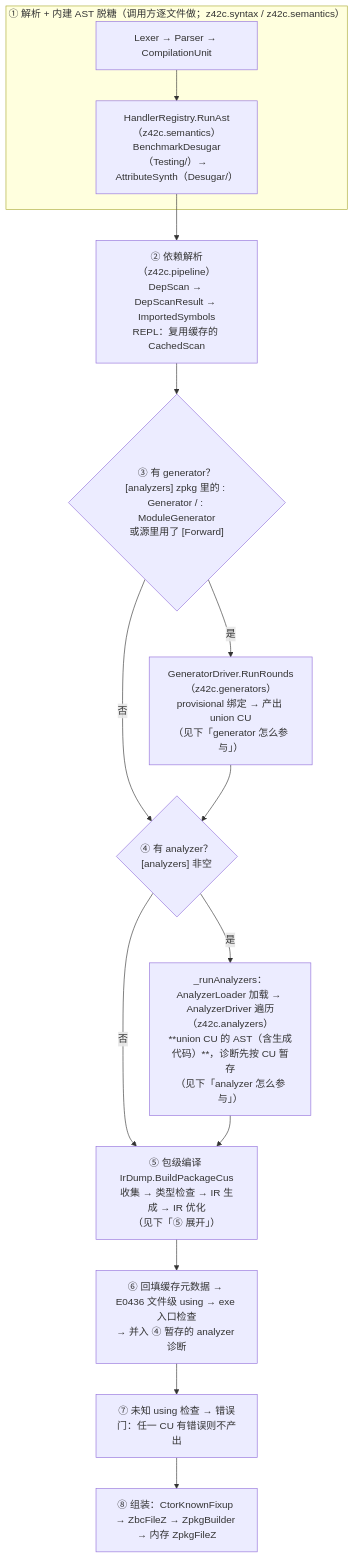
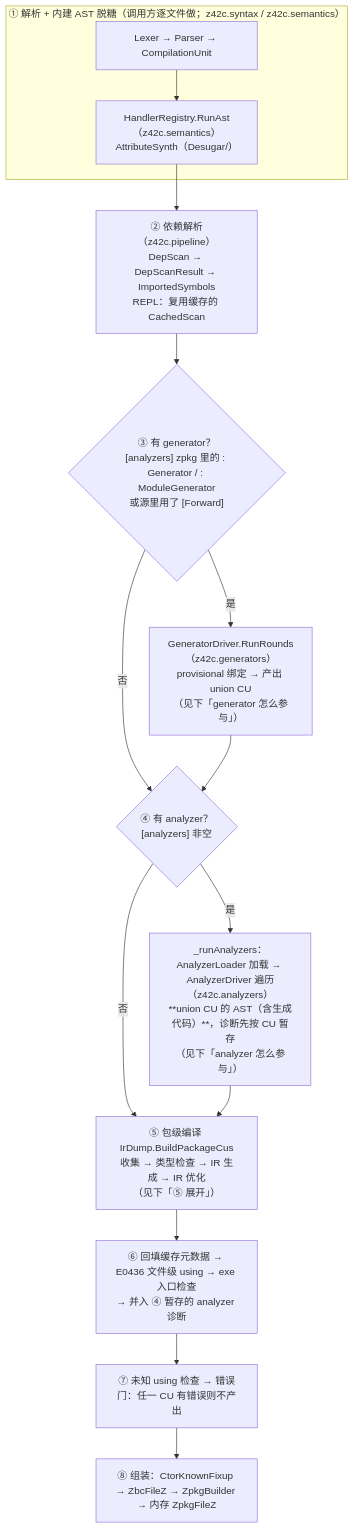
The second of 4 diagrams in docs/internals/src/compiler/source-compile.md (z42-lang/z42), drawn with Mermaid before and after one commit. The commit also changed other lines of this file and 69 other files, not shown here.

````diff
--- a/docs/internals/src/compiler/source-compile.md
+++ b/docs/internals/src/compiler/source-compile.md
@@ -25,19 +25,19 @@
 ```mermaid
 flowchart TD
   subgraph S0["① 解析 + 内建 AST 脱糖（调用方逐文件做；z42c.syntax / z42c.semantics）"]
-    P0[Lexer → Parser → CompilationUnit] --> RA["HandlerRegistry.RunAst（z42c.semantics）<br/>BenchmarkDesugar（Testing/）→ AttributeSynth（Desugar/）"]
+    P0[Lexer → Parser → CompilationUnit] --> RA["HandlerRegistry.RunAst（z42c.semantics）<br/>AttributeSynth（Desugar/）"]
   end
   RA --> DEP["② 依赖解析（z42c.pipeline）<br/>DepScan → DepScanResult → ImportedSymbols<br/>REPL：复用缓存的 CachedScan"]
   DEP --> GATE{"③ 有 generator？<br/>[analyzers] zpkg 里的 : Generator / : ModuleGenerator<br/>或源里用了 [Forward]"}
   GATE -->|否| AGATE
   GATE -->|是| GEN["GeneratorDriver.RunRounds（z42c.generators）<br/>provisional 绑定 → 产出 union CU<br/>（见下「generator 怎么参与」）"]
   GEN --> AGATE
   AGATE{"④ 有 analyzer？<br/>[analyzers] 非空"}
   AGATE -->|否| BIND
   AGATE -->|是| AN["_runAnalyzers：AnalyzerLoader 加载 → AnalyzerDriver 遍历（z42c.analyzers）<br/>**union CU 的 AST（含生成代码）**，诊断先按 CU 暂存<br/>（见下「analyzer 怎么参与」）"]
   AN --> BIND
   BIND["⑤ 包级编译 IrDump.BuildPackageCus<br/>收集 → 类型检查 → IR 生成 → IR 优化<br/>（见下「⑤ 展开」）"]
   BIND --> POST["⑥ 回填缓存元数据 → E0436 文件级 using → exe 入口检查<br/>→ 并入 ④ 暂存的 analyzer 诊断"]
   POST --> TAIL["⑦ 未知 using 检查 → 错误门：任一 CU 有错误则不产出"]
   TAIL --> ASM["⑧ 组装：CtorKnownFixup → ZbcFileZ → ZpkgBuilder → 内存 ZpkgFileZ"]
 ```
````
